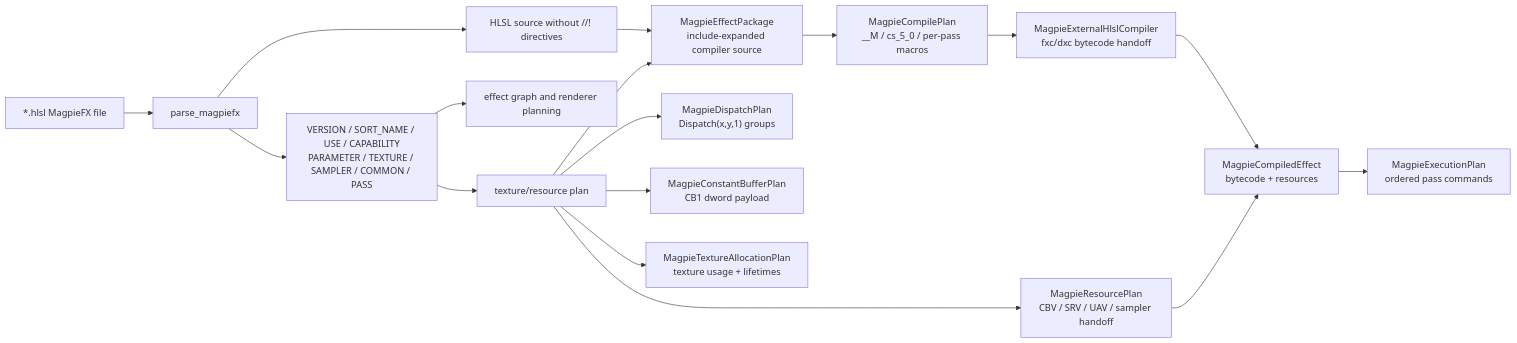
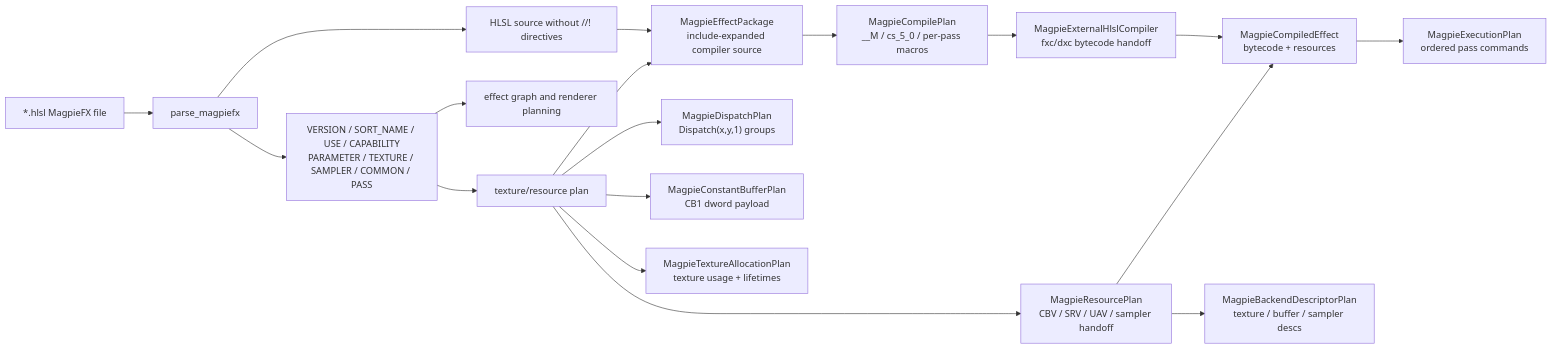
Before and after one commit to Sanzentyo/borderless-rs: the third of 3 diagrams in docs/upscale-integration-plan.md, drawn with Mermaid. The commit also changed other lines of this file and 3 other files, not shown here.

Commit message:
magpie: plan backend descriptors

````diff
--- a/docs/upscale-integration-plan.md
+++ b/docs/upscale-integration-plan.md
@@ -126,19 +126,20 @@
 ```mermaid
 flowchart LR
     File["*.hlsl MagpieFX file"] --> Parser["parse_magpiefx"]
     Parser --> Metadata["VERSION / SORT_NAME / USE / CAPABILITY\nPARAMETER / TEXTURE / SAMPLER / COMMON / PASS"]
     Parser --> Shader["HLSL source without //! directives"]
     Metadata --> Graph["effect graph and renderer planning"]
     Metadata --> Resources["texture/resource plan"]
     Shader --> Package["MagpieEffectPackage\ninclude-expanded compiler source"]
     Resources --> Package
     Package --> Jobs["MagpieCompilePlan\n__M / cs_5_0 / per-pass macros"]
     Jobs --> Compiler["MagpieExternalHlslCompiler\nfxc/dxc bytecode handoff"]
     Compiler --> Bundle["MagpieCompiledEffect\nbytecode + resources"]
     Bundle --> Exec["MagpieExecutionPlan\nordered pass commands"]
     Resources --> Dispatch["MagpieDispatchPlan\nDispatch(x,y,1) groups"]
     Resources --> Constants["MagpieConstantBufferPlan\nCB1 dword payload"]
     Resources --> Alloc["MagpieTextureAllocationPlan\ntexture usage + lifetimes"]
     Resources --> Handoff["MagpieResourcePlan\nCBV / SRV / UAV / sampler handoff"]
     Handoff --> Bundle
+    Handoff --> BackendDesc["MagpieBackendDescriptorPlan\ntexture / buffer / sampler descs"]
 ```
````
